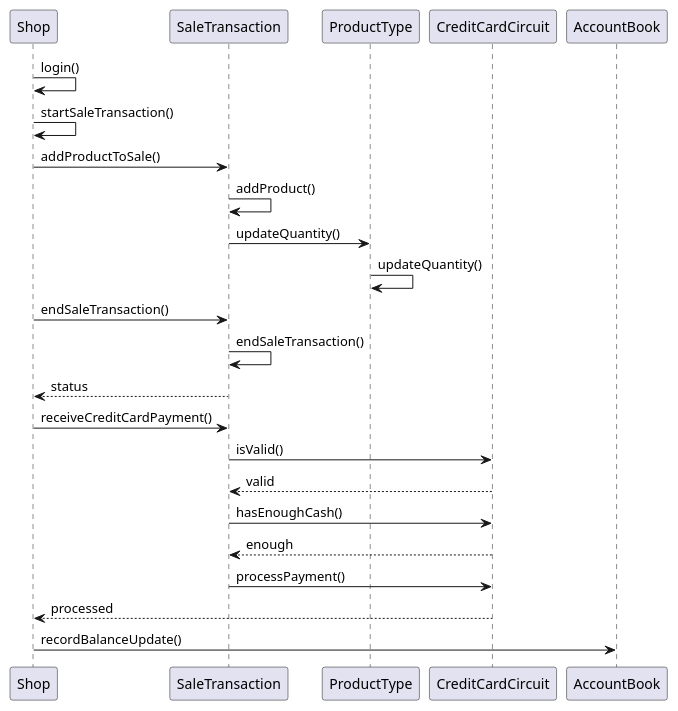
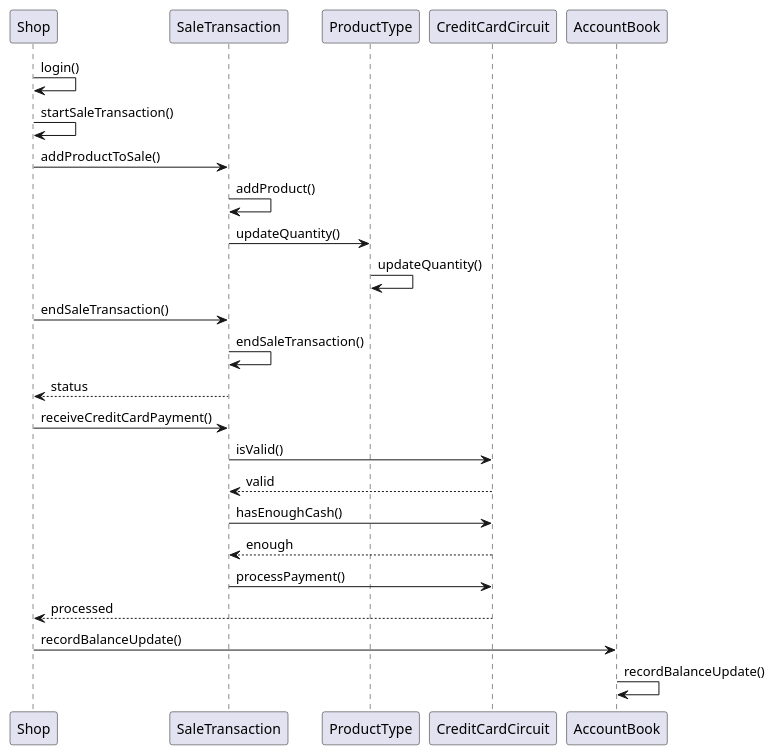
The fifth of 7 diagrams in Deliverables/vsd.md (Ralls0/ezshop), drawn with PlantUML before and after one commit.

````diff
--- a/Deliverables/vsd.md
+++ b/Deliverables/vsd.md
@@ -36,19 +36,20 @@
 ```plantuml
 Shop -> Shop : login()
 Shop -> Shop : startSaleTransaction()
 Shop -> SaleTransaction: addProductToSale()
 SaleTransaction -> SaleTransaction: addProduct()
 SaleTransaction -> ProductType : updateQuantity()
 ProductType -> ProductType : updateQuantity()
 Shop -> SaleTransaction : endSaleTransaction()
 SaleTransaction -> SaleTransaction : endSaleTransaction()
 SaleTransaction--> Shop : status
 Shop -> SaleTransaction : receiveCreditCardPayment()
 SaleTransaction -> CreditCardCircuit : isValid()
 CreditCardCircuit --> SaleTransaction : valid
 SaleTransaction -> CreditCardCircuit : hasEnoughCash()
 CreditCardCircuit --> SaleTransaction : enough
 SaleTransaction -> CreditCardCircuit : processPayment()
 CreditCardCircuit --> Shop: processed
 Shop -> AccountBook : recordBalanceUpdate()
+AccountBook -> AccountBook : recordBalanceUpdate()
 ```
````
